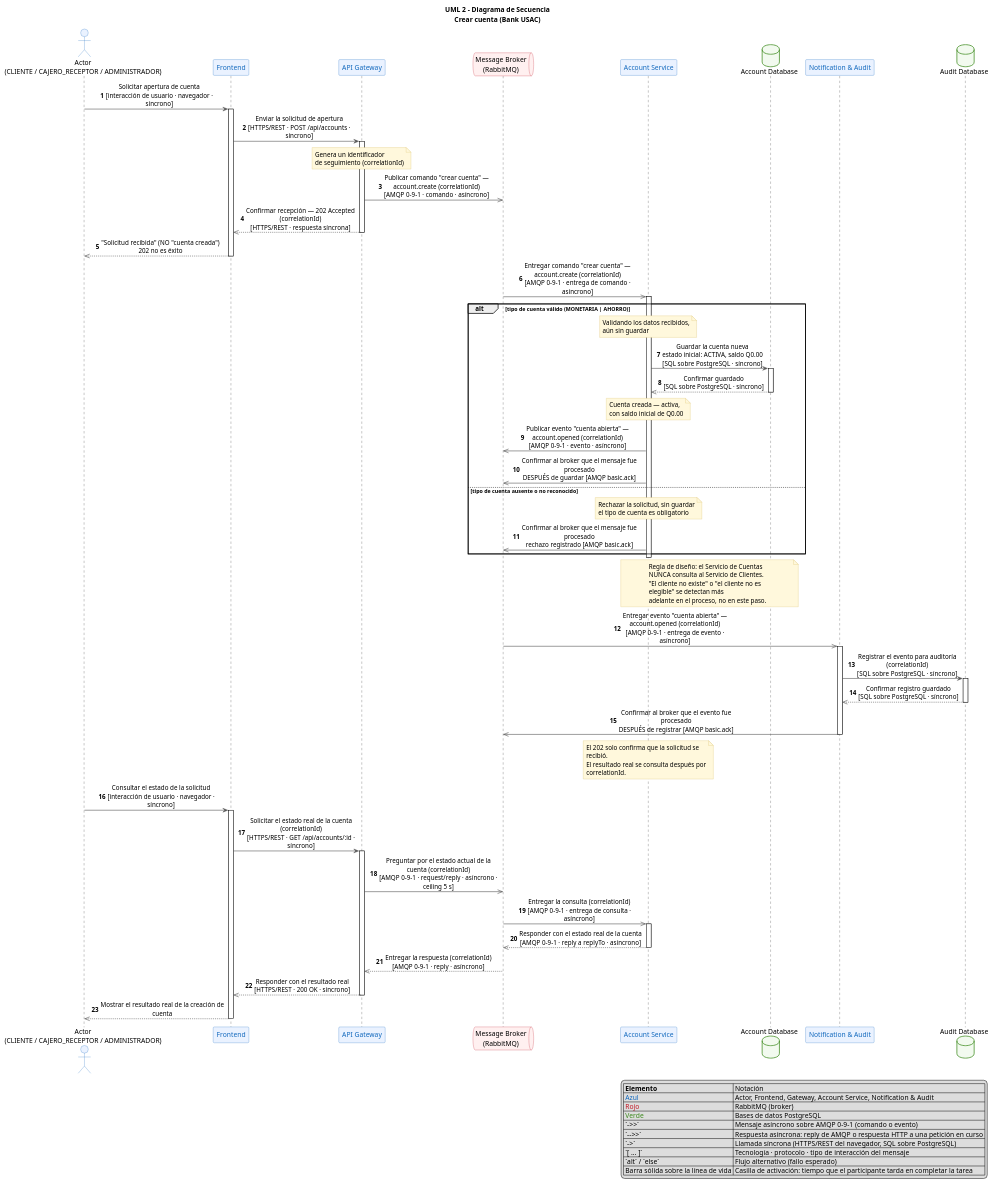
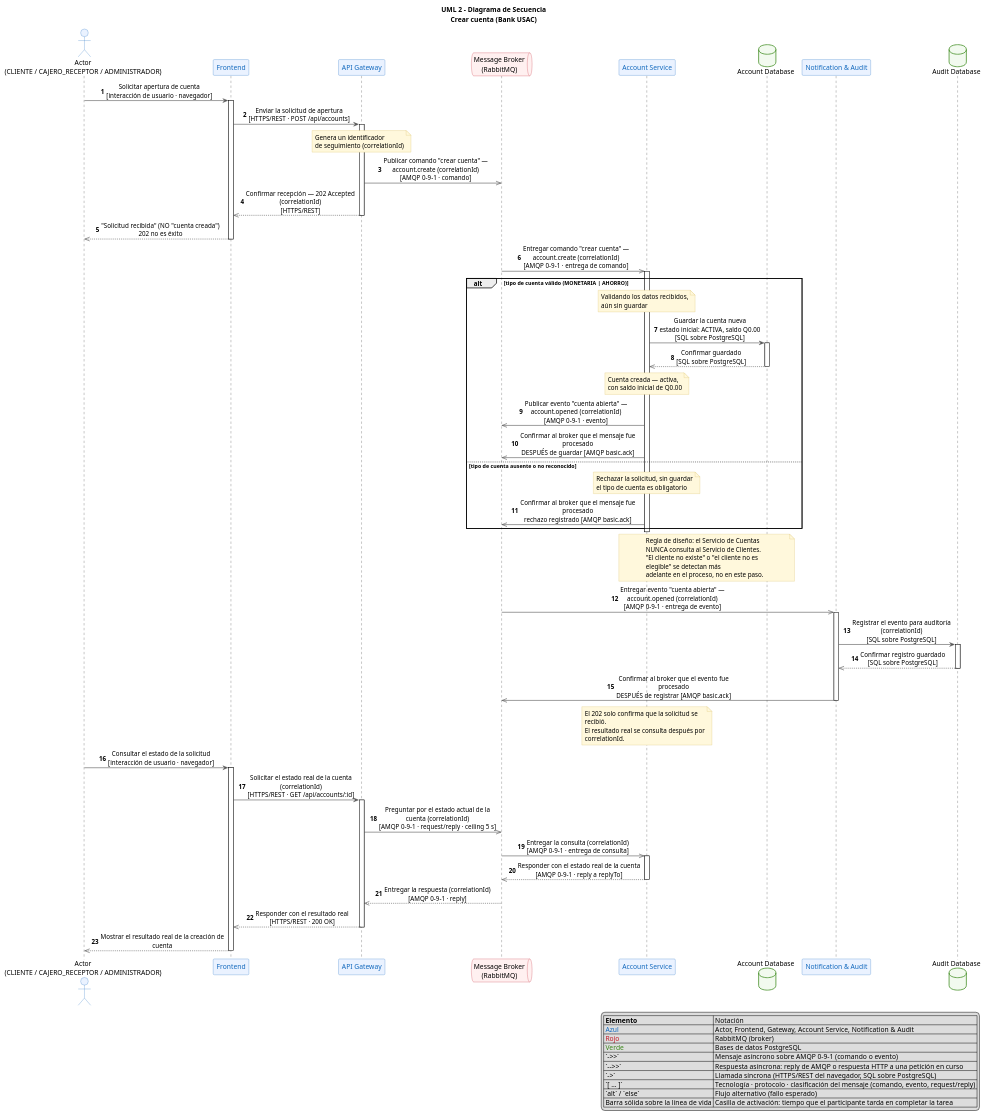
One commit to marcosbondel/Proyecto-SA-B-2 changed the diagram in docs/architecture/diagrams/06-uml-secuencia-crear-cuenta.puml. Above: the diagram before and after it, drawn with PlantUML. The commit also changed 2 other files, not shown here.

Commit message:
docs: agregar diagramas C4 y UML para la arquitectura del sistema Bank USAC

```diff
--- a/docs/architecture/diagrams/06-uml-secuencia-crear-cuenta.puml
+++ b/docs/architecture/diagrams/06-uml-secuencia-crear-cuenta.puml
@@ -1,135 +1,137 @@
 @startuml
 ' Bank USAC - UML 2 Sequence Diagram - Crear cuenta
 ' Caso de uso 2 (docs/domain/use-cases.md). Misma estructura y convenciones que el
 ' Mermaid equivalente (06-uml-secuencia-crear-cuenta.mmd); ambos deben coincidir.
 ' Las casillas de activacion (activate/deactivate) muestran cuanto tiempo mantiene
 ' cada participante una tarea en curso.
 ' Cada mensaje declara la accion de negocio y, entre corchetes, su tecnologia,
-' protocolo y tipo de interaccion (sincrona o asincrona; comando, evento o
-' request/reply), como exige el enunciado (§4.2, "Tipo de comunicacion").
+' protocolo y clasificacion (comando, evento o request/reply), como exige el
+' enunciado (§4.2, "Tipo de comunicacion"). La sincronia NO se escribe en la
+' etiqueta: UML 2.5.1 (§17.4.4 / §17.11 Message) la representa unicamente con
+' el tipo de flecha (-> llamada sincrona, ->> senal/llamada asincrona).
 
 title UML 2 - Diagrama de Secuencia\nCrear cuenta (Bank USAC)
 
 skinparam shadowing false
 skinparam defaultFontName "Segoe UI"
 skinparam ArrowColor #555555
 skinparam ArrowThickness 1.2
 skinparam sequenceMessageAlign center
 skinparam maxMessageSize 260
 skinparam wrapWidth 260
 skinparam noteBackgroundColor #FFF8DC
 skinparam noteBorderColor #D6B656
 skinparam ParticipantBorderColor #1168BD
 skinparam ParticipantBackgroundColor #EAF2FF
 skinparam ParticipantFontColor #1168BD
 skinparam ActorBorderColor #1168BD
 skinparam ActorBackgroundColor #EAF2FF
 skinparam QueueBorderColor #C11926
 skinparam QueueBackgroundColor #FFF0F0
 skinparam DatabaseBorderColor #398819
 skinparam DatabaseBackgroundColor #F2FAEF
 skinparam LifeLineBorderColor #1168BD
 skinparam ActivationBorderColor #1168BD
 skinparam ActivationBackgroundColor #C6DBF7
 
 legend right
     |= Elemento | Notación |
     | <color:#1168BD>Azul</color> | Actor, Frontend, Gateway, Account Service, Notification & Audit |
     | <color:#C11926>Rojo</color> | RabbitMQ (broker) |
     | <color:#398819>Verde</color> | Bases de datos PostgreSQL |
     | `->>` | Mensaje asíncrono sobre AMQP 0-9-1 (comando o evento) |
     | `-->>` | Respuesta asíncrona: reply de AMQP o respuesta HTTP a una petición en curso |
     | `->` | Llamada síncrona (HTTPS/REST del navegador, SQL sobre PostgreSQL) |
-    | `[ … ]` | Tecnología · protocolo · tipo de interacción del mensaje |
+    | `[ … ]` | Tecnología · protocolo · clasificación del mensaje (comando, evento, request/reply) |
     | `alt` / `else` | Flujo alternativo (fallo esperado) |
     | Barra sólida sobre la línea de vida | Casilla de activación: tiempo que el participante tarda en completar la tarea |
 endlegend
 
 actor "Actor\n(CLIENTE / CAJERO_RECEPTOR / ADMINISTRADOR)" as Actor
 participant "Frontend" as Frontend
 participant "API Gateway" as Gateway
 queue "Message Broker\n(RabbitMQ)" as Broker
 participant "Account Service" as Account
 database "Account Database" as AccountDB
 participant "Notification & Audit" as Notif
 database "Audit Database" as AuditDB
 
 autonumber
 
-Actor -> Frontend : Solicitar apertura de cuenta\n[interacción de usuario · navegador · síncrono]
+Actor -> Frontend : Solicitar apertura de cuenta\n[interacción de usuario · navegador]
 activate Frontend
-Frontend -> Gateway : Enviar la solicitud de apertura\n[HTTPS/REST · POST /api/accounts · síncrono]
+Frontend -> Gateway : Enviar la solicitud de apertura\n[HTTPS/REST · POST /api/accounts]
 activate Gateway
 note over Gateway
   Genera un identificador
   de seguimiento (correlationId)
 end note
 
-Gateway ->> Broker : Publicar comando "crear cuenta" — account.create (correlationId)\n[AMQP 0-9-1 · comando · asíncrono]
-Gateway -->> Frontend : Confirmar recepción — 202 Accepted (correlationId)\n[HTTPS/REST · respuesta síncrona]
+Gateway ->> Broker : Publicar comando "crear cuenta" — account.create (correlationId)\n[AMQP 0-9-1 · comando]
+Gateway -->> Frontend : Confirmar recepción — 202 Accepted (correlationId)\n[HTTPS/REST]
 deactivate Gateway
 Frontend -->> Actor : "Solicitud recibida" (NO "cuenta creada")\n202 no es éxito
 deactivate Frontend
 
-Broker ->> Account : Entregar comando "crear cuenta" — account.create (correlationId)\n[AMQP 0-9-1 · entrega de comando · asíncrono]
+Broker ->> Account : Entregar comando "crear cuenta" — account.create (correlationId)\n[AMQP 0-9-1 · entrega de comando]
 activate Account
 
 alt tipo de cuenta válido (MONETARIA | AHORRO)
     note over Account
       Validando los datos recibidos,
       aún sin guardar
     end note
-    Account -> AccountDB : Guardar la cuenta nueva\nestado inicial: ACTIVA, saldo Q0.00\n[SQL sobre PostgreSQL · síncrono]
+    Account -> AccountDB : Guardar la cuenta nueva\nestado inicial: ACTIVA, saldo Q0.00\n[SQL sobre PostgreSQL]
     activate AccountDB
-    AccountDB -->> Account : Confirmar guardado\n[SQL sobre PostgreSQL · síncrono]
+    AccountDB -->> Account : Confirmar guardado\n[SQL sobre PostgreSQL]
     deactivate AccountDB
     note over Account
       Cuenta creada — activa,
       con saldo inicial de Q0.00
     end note
-    Account ->> Broker : Publicar evento "cuenta abierta" — account.opened (correlationId)\n[AMQP 0-9-1 · evento · asíncrono]
+    Account ->> Broker : Publicar evento "cuenta abierta" — account.opened (correlationId)\n[AMQP 0-9-1 · evento]
     Account ->> Broker : Confirmar al broker que el mensaje fue procesado\nDESPUÉS de guardar [AMQP basic.ack]
 else tipo de cuenta ausente o no reconocido
     note over Account
       Rechazar la solicitud, sin guardar
       el tipo de cuenta es obligatorio
     end note
     Account ->> Broker : Confirmar al broker que el mensaje fue procesado\nrechazo registrado [AMQP basic.ack]
 end
 deactivate Account
 
 note over Account, AccountDB
   Regla de diseño: el Servicio de Cuentas NUNCA consulta al Servicio de Clientes.
   "El cliente no existe" o "el cliente no es elegible" se detectan más
   adelante en el proceso, no en este paso.
 end note
 
-Broker ->> Notif : Entregar evento "cuenta abierta" — account.opened (correlationId)\n[AMQP 0-9-1 · entrega de evento · asíncrono]
+Broker ->> Notif : Entregar evento "cuenta abierta" — account.opened (correlationId)\n[AMQP 0-9-1 · entrega de evento]
 activate Notif
-Notif -> AuditDB : Registrar el evento para auditoría (correlationId)\n[SQL sobre PostgreSQL · síncrono]
+Notif -> AuditDB : Registrar el evento para auditoría (correlationId)\n[SQL sobre PostgreSQL]
 activate AuditDB
-AuditDB -->> Notif : Confirmar registro guardado\n[SQL sobre PostgreSQL · síncrono]
+AuditDB -->> Notif : Confirmar registro guardado\n[SQL sobre PostgreSQL]
 deactivate AuditDB
 Notif ->> Broker : Confirmar al broker que el evento fue procesado\nDESPUÉS de registrar [AMQP basic.ack]
 deactivate Notif
 
 note over Account
   El 202 solo confirma que la solicitud se recibió.
   El resultado real se consulta después por correlationId.
 end note
 
-Actor -> Frontend : Consultar el estado de la solicitud\n[interacción de usuario · navegador · síncrono]
+Actor -> Frontend : Consultar el estado de la solicitud\n[interacción de usuario · navegador]
 activate Frontend
-Frontend -> Gateway : Solicitar el estado real de la cuenta (correlationId)\n[HTTPS/REST · GET /api/accounts/:id · síncrono]
+Frontend -> Gateway : Solicitar el estado real de la cuenta (correlationId)\n[HTTPS/REST · GET /api/accounts/:id]
 activate Gateway
-Gateway ->> Broker : Preguntar por el estado actual de la cuenta (correlationId)\n[AMQP 0-9-1 · request/reply · asíncrono · ceiling 5 s]
-Broker ->> Account : Entregar la consulta (correlationId)\n[AMQP 0-9-1 · entrega de consulta · asíncrono]
+Gateway ->> Broker : Preguntar por el estado actual de la cuenta (correlationId)\n[AMQP 0-9-1 · request/reply · ceiling 5 s]
+Broker ->> Account : Entregar la consulta (correlationId)\n[AMQP 0-9-1 · entrega de consulta]
 activate Account
-Account -->> Broker : Responder con el estado real de la cuenta\n[AMQP 0-9-1 · reply a replyTo · asíncrono]
+Account -->> Broker : Responder con el estado real de la cuenta\n[AMQP 0-9-1 · reply a replyTo]
 deactivate Account
-Broker -->> Gateway : Entregar la respuesta (correlationId)\n[AMQP 0-9-1 · reply · asíncrono]
-Gateway -->> Frontend : Responder con el resultado real\n[HTTPS/REST · 200 OK · síncrono]
+Broker -->> Gateway : Entregar la respuesta (correlationId)\n[AMQP 0-9-1 · reply]
+Gateway -->> Frontend : Responder con el resultado real\n[HTTPS/REST · 200 OK]
 deactivate Gateway
 Frontend -->> Actor : Mostrar el resultado real de la creación de cuenta
 deactivate Frontend
 @enduml
```
